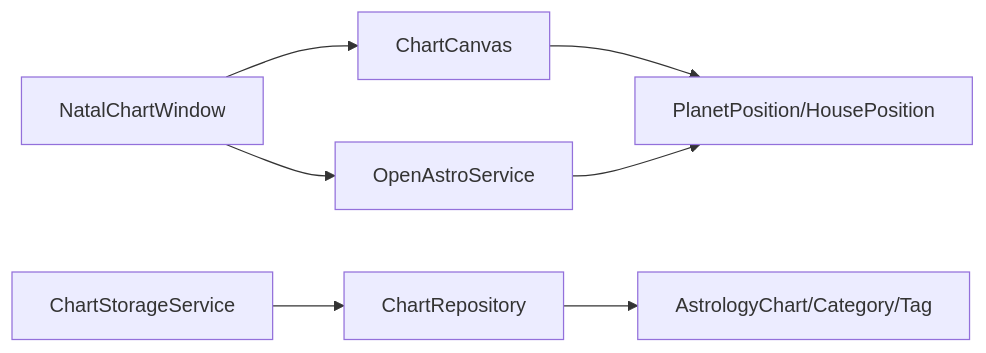
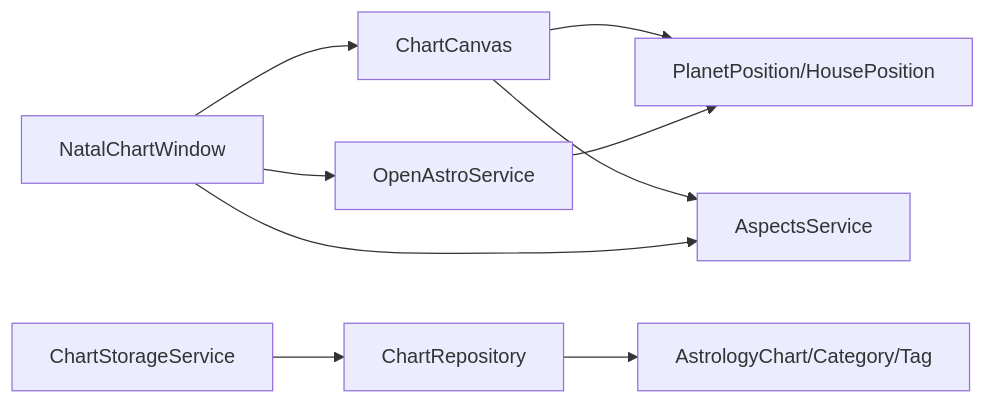
The eighth of 8 diagrams in .qoder/repowiki/en/content/Architecture Overview/Pillar-Based Architecture/Astrology Pillar/Astrology Chart Canvas.md (TheDaniel166/IsopGem), drawn with Mermaid before and after one commit. The commit also changed other lines of this file and 36 other files, not shown here.

````diff
--- a/.qoder/repowiki/en/content/Architecture Overview/Pillar-Based Architecture/Astrology Pillar/Astrology Chart Canvas.md
+++ b/.qoder/repowiki/en/content/Architecture Overview/Pillar-Based Architecture/Astrology Pillar/Astrology Chart Canvas.md
@@ -286,9 +339,11 @@
 ```mermaid
 graph LR
 CC["ChartCanvas"] --> CM["PlanetPosition/HousePosition"]
+CC --> AS["AspectsService"]
 NC["NatalChartWindow"] --> CC
 NC --> OAS["OpenAstroService"]
+NC --> AS["AspectsService"]
 OAS --> CM
 CSS["ChartStorageService"] --> CRP["ChartRepository"]
 CRP --> CR["AstrologyChart/Category/Tag"]
 ```
````
